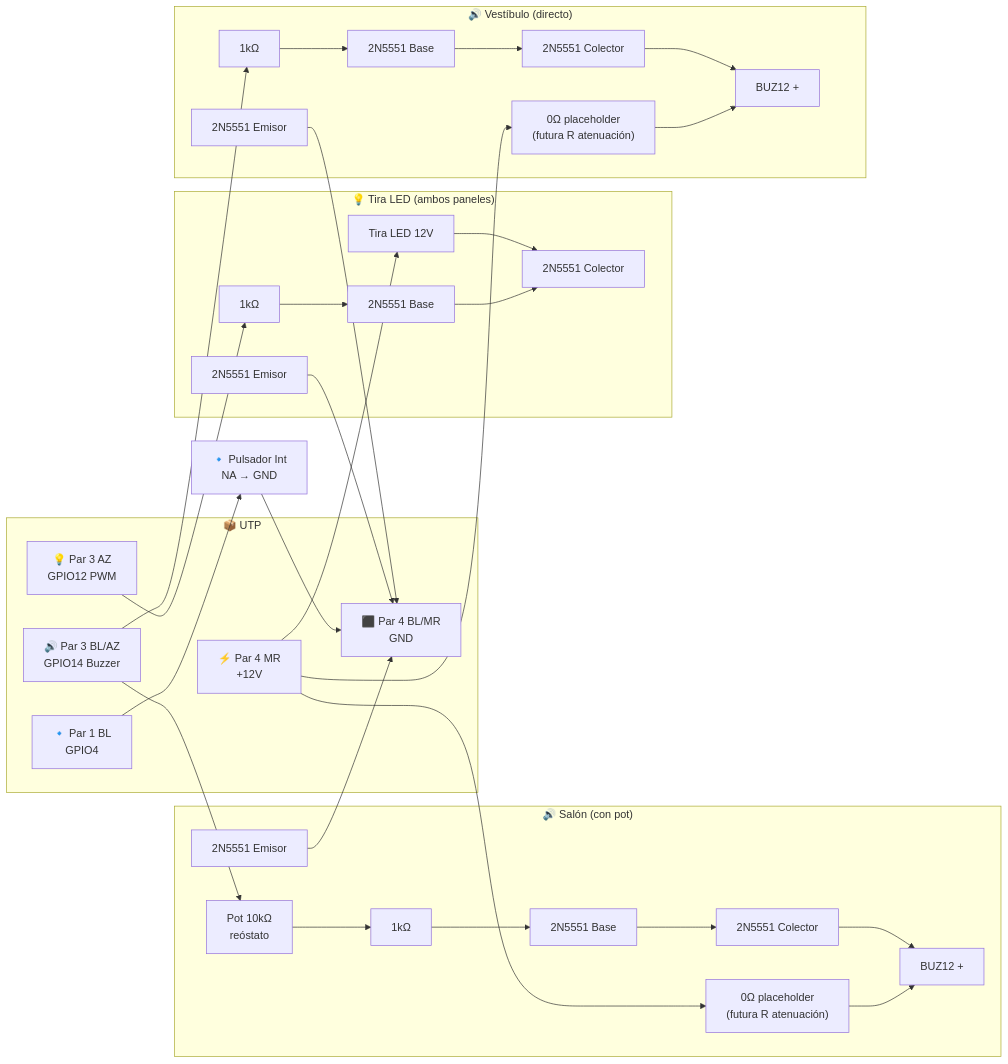
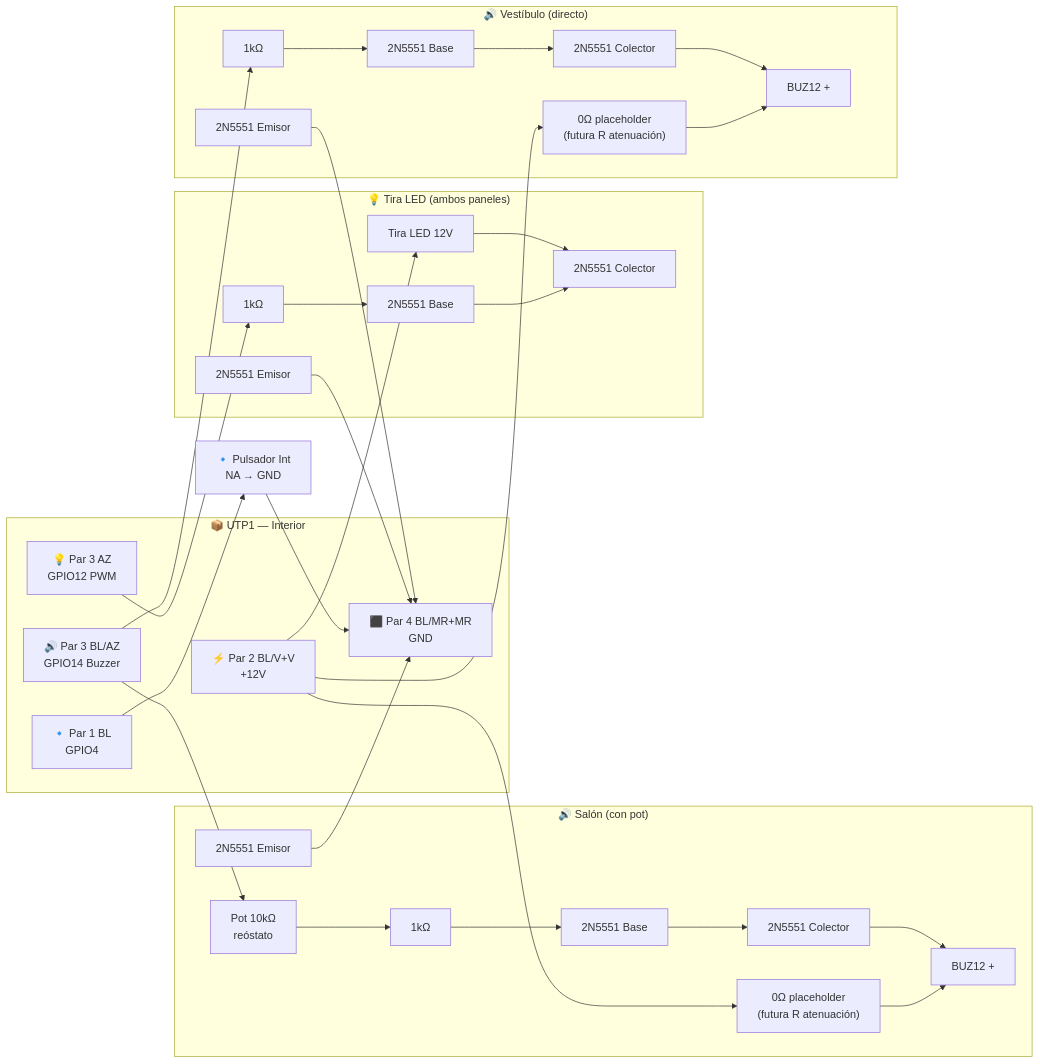
The fourth of 11 diagrams in README.md (abelbour/Abrepuertas), drawn with Mermaid before and after one commit. The commit also changed other lines of this file, not shown here.

Commit message:
Doc: dos UTPs (interior + exterior), low-side relay, distancias 8m, BOM actualizada

````diff
--- a/README.md
+++ b/README.md
@@ -457,35 +490,35 @@
 ```mermaid
 flowchart LR
-    subgraph UTP["📦 UTP"]
+    subgraph UTP1["📦 UTP1 — Interior"]
         AZ["💡 Par 3 AZ<br/>GPIO12 PWM"]
         BLAZ["🔊 Par 3 BL/AZ<br/>GPIO14 Buzzer"]
-        P4MR["⚡ Par 4 MR<br/>+12V"]
-        GND["⬛ Par 4 BL/MR<br/>GND"]
+        P2_12V["⚡ Par 2 BL/V+V<br/>+12V"]
+        P4_GND["⬛ Par 4 BL/MR+MR<br/>GND"]
         P1BL["🔹 Par 1 BL<br/>GPIO4"]
     end
 
     subgraph LedDriver["💡 Tira LED (ambos paneles)"]
         R1[1kΩ] --> B[2N5551 Base]
         AZ --> R1
         B --> C[2N5551 Colector]
-        P4MR --> STRIP["Tira LED 12V"] --> C
-        E[2N5551 Emisor] --> GND
+        P2_12V --> STRIP["Tira LED 12V"] --> C
+        E[2N5551 Emisor] --> P4_GND
     end
 
     subgraph BuzzerSalon["🔊 Salón (con pot)"]
         BLAZ --> POT["Pot 10kΩ<br/>reóstato"] --> RB[1kΩ] --> BB[2N5551 Base]
-        P4MR --> R0A["0Ω placeholder<br/>(futura R atenuación)"] --> BZ12["BUZ12 +"]
+        P2_12V --> R0A["0Ω placeholder<br/>(futura R atenuación)"] --> BZ12["BUZ12 +"]
         BB --> CB[2N5551 Colector] --> BZ12
-        EB[2N5551 Emisor] --> GND
+        EB[2N5551 Emisor] --> P4_GND
     end
 
     subgraph BuzzerVest["🔊 Vestíbulo (directo)"]
         BLAZ --> RBV[1kΩ] --> BBV[2N5551 Base]
-        P4MR --> R0V["0Ω placeholder<br/>(futura R atenuación)"] --> BZ12V["BUZ12 +"]
+        P2_12V --> R0V["0Ω placeholder<br/>(futura R atenuación)"] --> BZ12V["BUZ12 +"]
         BBV --> CBV[2N5551 Colector] --> BZ12V
-        EBV[2N5551 Emisor] --> GND
+        EBV[2N5551 Emisor] --> P4_GND
     end
 
     P1BL --> BtnInt["🔹 Pulsador Int<br/>NA → GND"]
-    BtnInt --> GND
+    BtnInt --> P4_GND
 ```
````
